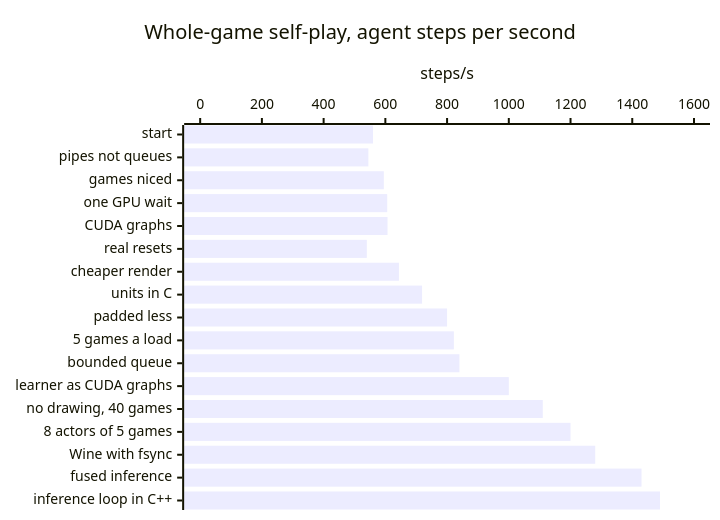
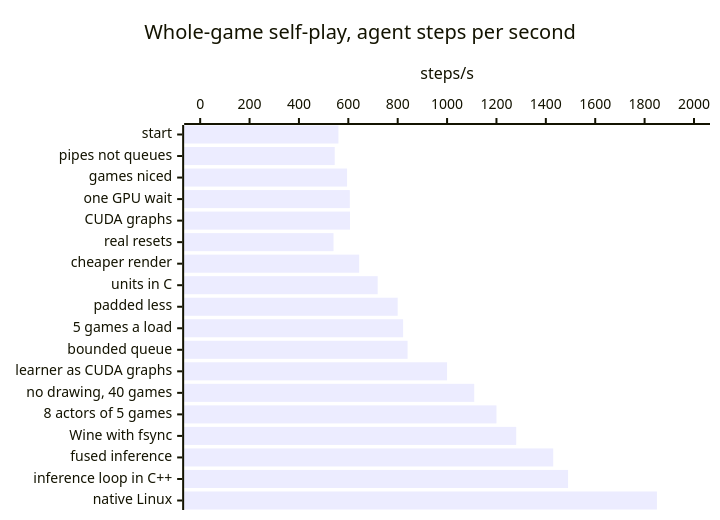
The first of 2 diagrams in docs/optimizations.md (RobinKa/warcraftsim), drawn with Mermaid before and after one commit. The commit also changed other lines of this file and 3 other files, not shown here.

First line of the commit message:
native Linux: 1,854 steps/s with 48 games (1,387 in WSL's last hour), a game step 7.4 ms of CPU (9.2 on WSL); Wine's ntsync no better than fsync (selfplay --ntsync, off); docs

````diff
--- a/docs/optimizations.md
+++ b/docs/optimizations.md
@@ -7,7 +7,7 @@
 ```mermaid
 xychart-beta horizontal
   title "Whole-game self-play, agent steps per second"
-  x-axis ["start", "pipes not queues", "games niced", "one GPU wait", "CUDA graphs", "real resets", "cheaper render", "units in C", "padded less", "5 games a load", "bounded queue", "learner as CUDA graphs", "no drawing, 40 games", "8 actors of 5 games", "Wine with fsync", "fused inference", "inference loop in C++"]
-  y-axis "steps/s" 0 --> 1600
-  bar [560, 545, 595, 606, 607, 540, 644, 719, 800, 822, 840, 1000, 1110, 1200, 1280, 1430, 1490]
+  x-axis ["start", "pipes not queues", "games niced", "one GPU wait", "CUDA graphs", "real resets", "cheaper render", "units in C", "padded less", "5 games a load", "bounded queue", "learner as CUDA graphs", "no drawing, 40 games", "8 actors of 5 games", "Wine with fsync", "fused inference", "inference loop in C++", "native Linux"]
+  y-axis "steps/s" 0 --> 2000
+  bar [560, 545, 595, 606, 607, 540, 644, 719, 800, 822, 840, 1000, 1110, 1200, 1280, 1430, 1490, 1850]
 ```
````
